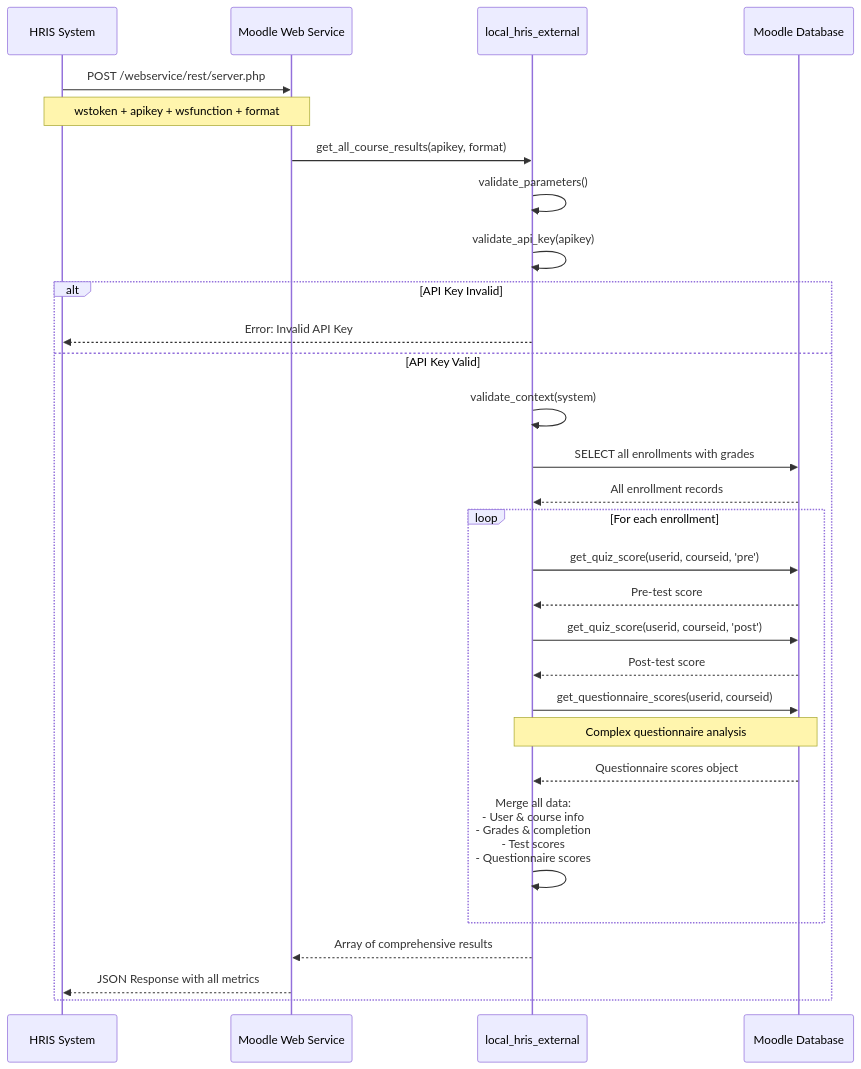
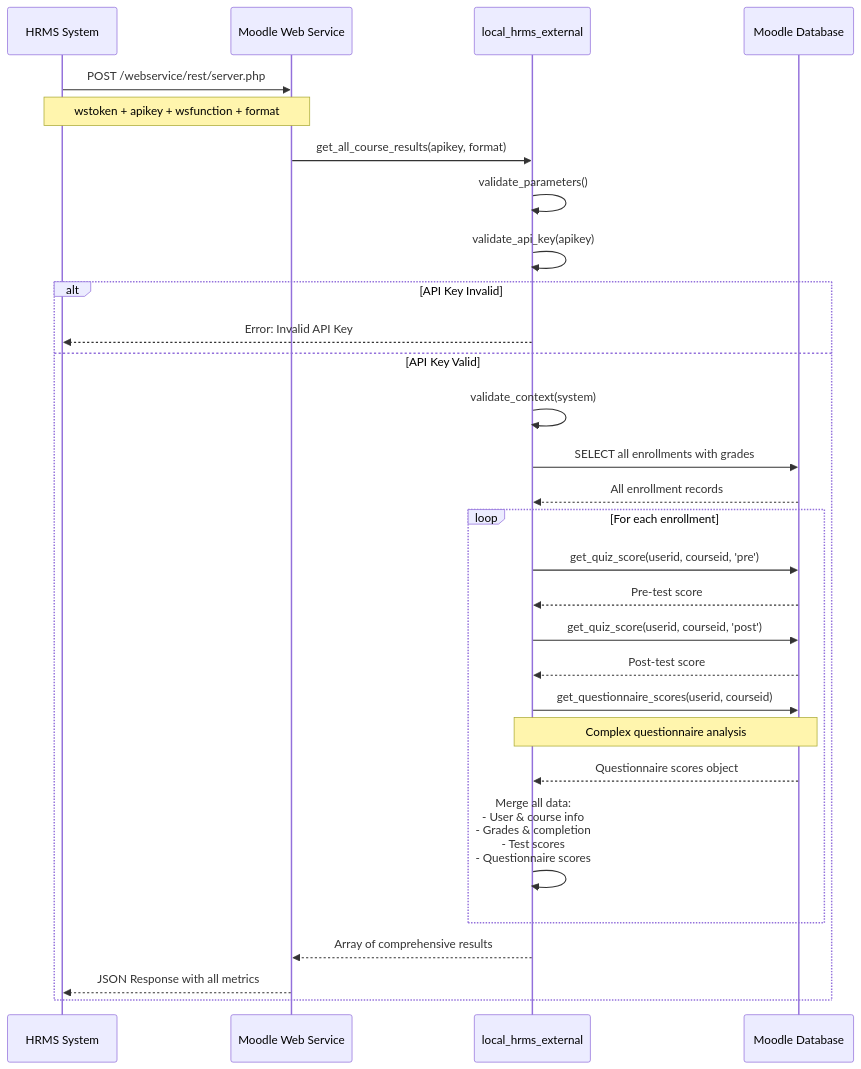
The eighth of 15 diagrams in DIAGRAMS.md (toosa/moodle-hrms), drawn with Mermaid before and after one commit. The commit also changed other lines of this file and 18 other files, not shown here.

First line of the commit message:
Refactor HRIS Integration to HRMS Integration

````diff
--- a/DIAGRAMS.md
+++ b/DIAGRAMS.md
@@ -285,41 +285,41 @@
 ```mermaid
 sequenceDiagram
-    participant HRIS as HRIS System
+    participant HRMS as HRMS System
     participant WS as Moodle Web Service
-    participant API as local_hris_external
+    participant API as local_hrms_external
     participant DB as Moodle Database
     
-    HRIS->>WS: POST /webservice/rest/server.php
-    Note over HRIS,WS: wstoken + apikey + wsfunction + format
+    HRMS->>WS: POST /webservice/rest/server.php
+    Note over HRMS,WS: wstoken + apikey + wsfunction + format
     
     WS->>API: get_all_course_results(apikey, format)
     
     API->>API: validate_parameters()
     API->>API: validate_api_key(apikey)
     
     alt API Key Invalid
-        API-->>HRIS: Error: Invalid API Key
+        API-->>HRMS: Error: Invalid API Key
     else API Key Valid
         API->>API: validate_context(system)
         
         API->>DB: SELECT all enrollments with grades
         DB-->>API: All enrollment records
         
         loop For each enrollment
             API->>DB: get_quiz_score(userid, courseid, 'pre')
             DB-->>API: Pre-test score
             
             API->>DB: get_quiz_score(userid, courseid, 'post')
             DB-->>API: Post-test score
             
             API->>DB: get_questionnaire_scores(userid, courseid)
             Note over API,DB: Complex questionnaire analysis
             DB-->>API: Questionnaire scores object
             
             API->>API: Merge all data:<br/>- User & course info<br/>- Grades & completion<br/>- Test scores<br/>- Questionnaire scores
         end
         
         API-->>WS: Array of comprehensive results
-        WS-->>HRIS: JSON Response with all metrics
+        WS-->>HRMS: JSON Response with all metrics
     end
 ```
````
